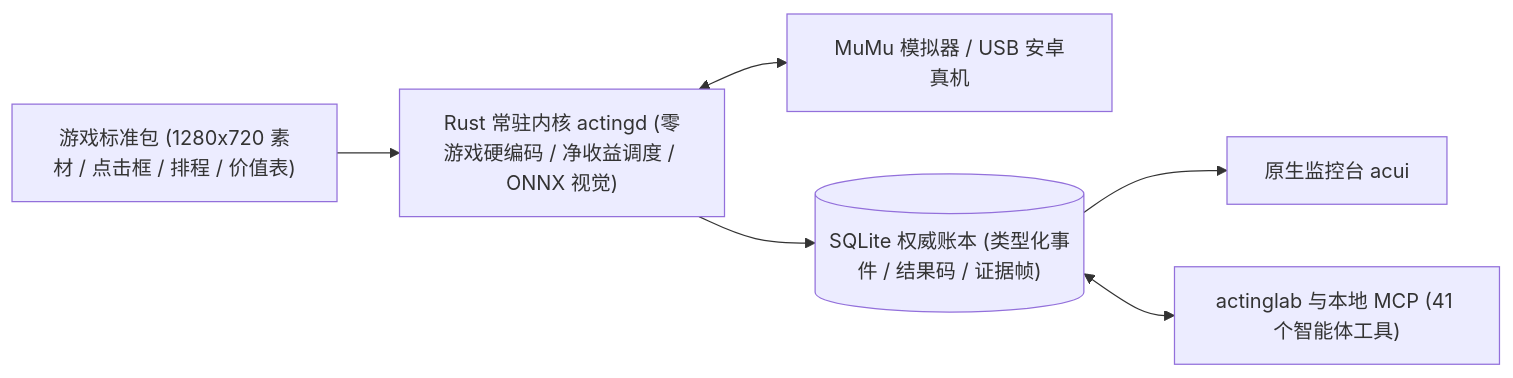
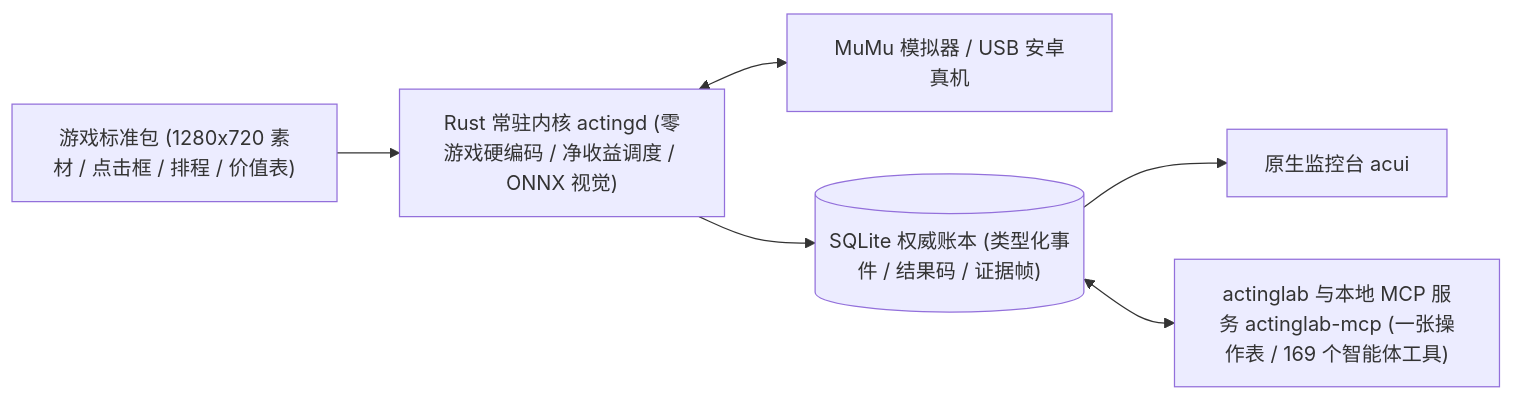
One commit to HS7097/ActingCommand changed the diagram in README.zh-CN.md. Above: the diagram before and after it, drawn with Mermaid. The commit also changed other lines of this file and 1 other file, not shown here.

Commit message:
README: roster adds GPT-6 Sol Daybreak; state as of Runtime v0.12.83 and UI v0.12.33 (the Lab's MCP server, install and registration through actinglab, display mapping, what is being built)

````diff
--- a/README.zh-CN.md
+++ b/README.zh-CN.md
@@ -70,8 +71,8 @@
 ```mermaid
 flowchart LR
     Pack["游戏标准包 (1280x720 素材 / 点击框 / 排程 / 价值表)"] --> RT["Rust 常驻内核 actingd (零游戏硬编码 / 净收益调度 / ONNX 视觉)"]
     RT <--> Dev["MuMu 模拟器 / USB 安卓真机"]
     RT --> Ledger[("SQLite 权威账本 (类型化事件 / 结果码 / 证据帧)")]
     Ledger --> UI["原生监控台 acui"]
-    Ledger <--> Lab["actinglab 与本地 MCP (41 个智能体工具)"]
+    Ledger <--> Lab["actinglab 与本地 MCP 服务 actinglab-mcp (一张操作表 / 169 个智能体工具)"]
 ```
````
